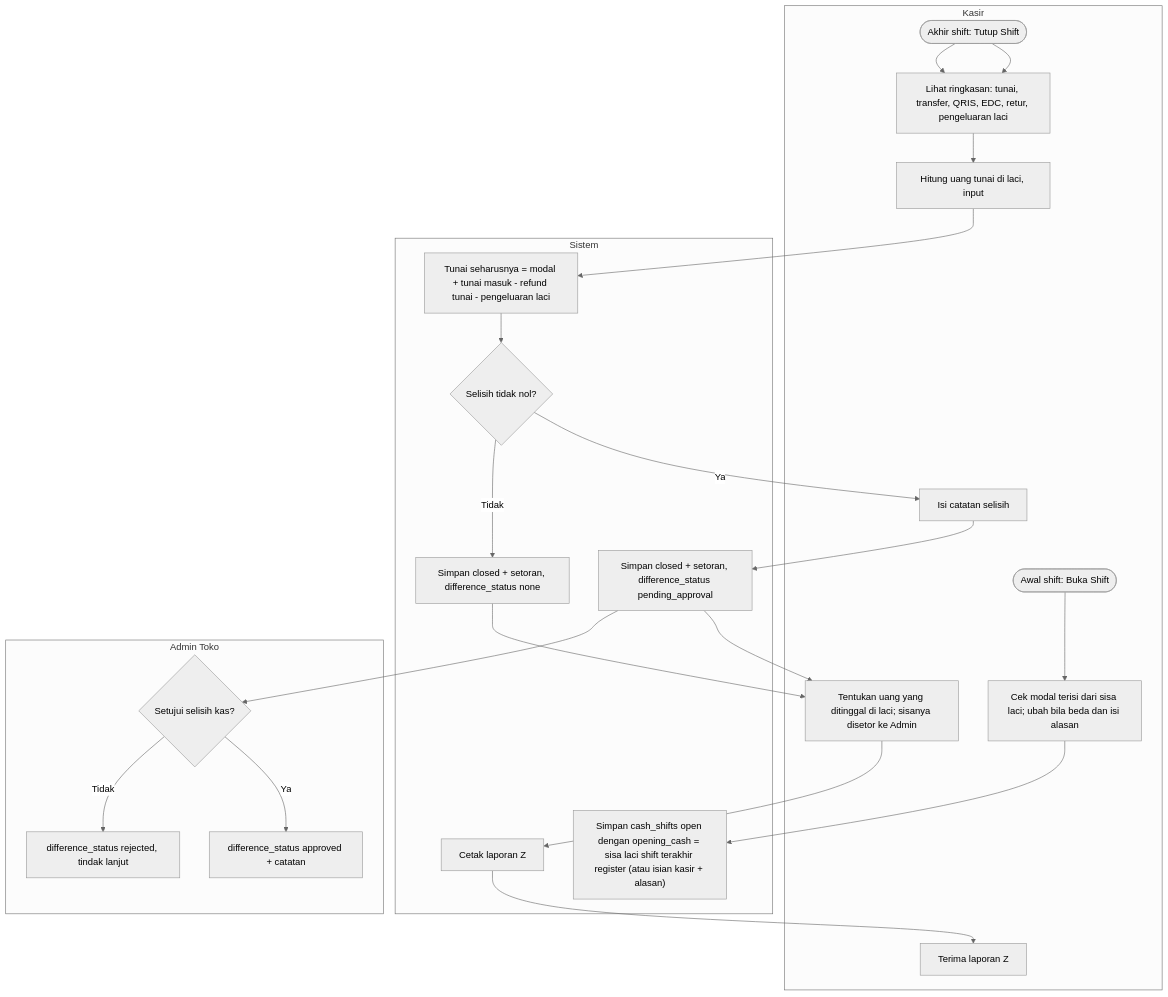
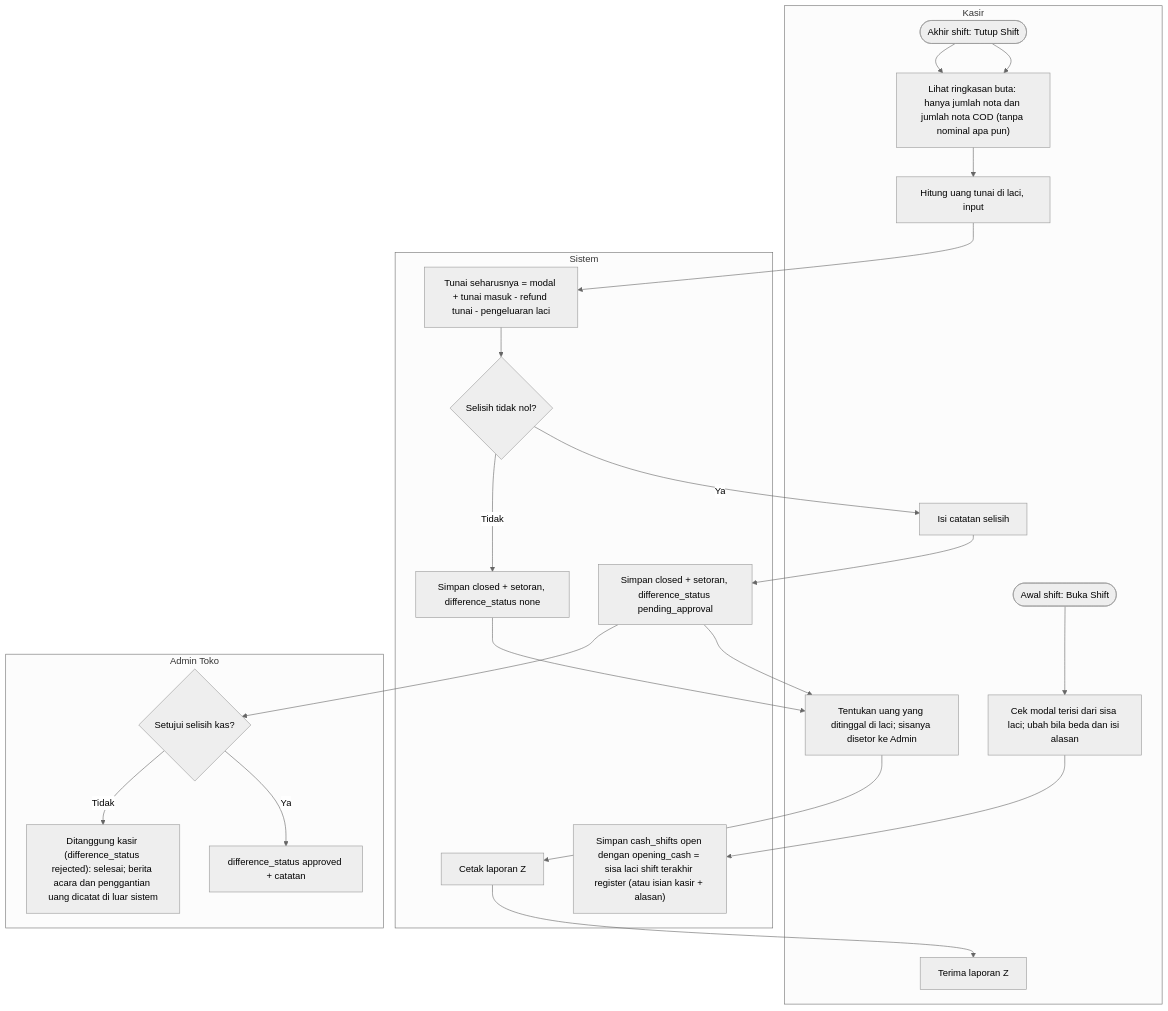
The tenth of 30 diagrams in docs/analisis-sistem.md (aliefpraditya/store-management), drawn with Mermaid (neutral theme) before and after one commit. The commit also changed other lines of this file and 32 other files, not shown here.

````diff
--- a/docs/analisis-sistem.md
+++ b/docs/analisis-sistem.md
@@ -655,34 +655,34 @@
 ```mermaid
 flowchart TD
     subgraph KS["Kasir"]
         K0(["Awal shift: Buka Shift"]) --> K0b["Cek modal terisi dari sisa laci; ubah bila beda dan isi alasan"]
-        K1(["Akhir shift: Tutup Shift"]) --> K2["Lihat ringkasan: tunai, transfer, QRIS, EDC, retur, pengeluaran laci"]
+        K1(["Akhir shift: Tutup Shift"]) --> K2["Lihat ringkasan buta: hanya jumlah nota dan jumlah nota COD (tanpa nominal apa pun)"]
         K3["Hitung uang tunai di laci, input"]
         K5["Isi catatan selisih"]
         K7["Tentukan uang yang ditinggal di laci; sisanya disetor ke Admin"]
         K8["Terima laporan Z"]
     end
     subgraph SYS["Sistem"]
         S0["Simpan cash_shifts open dengan opening_cash = sisa laci shift terakhir register (atau isian kasir + alasan)"]
         S2["Tunai seharusnya = modal + tunai masuk - refund tunai - pengeluaran laci"]
         S3{"Selisih tidak nol?"}
         S4["Simpan closed + setoran, difference_status pending_approval"]
         S4b["Simpan closed + setoran, difference_status none"]
         S5["Cetak laporan Z"]
     end
     subgraph ADM["Admin Toko"]
         A1{"Setujui selisih kas?"}
         A2["difference_status approved + catatan"]
-        A3["difference_status rejected, tindak lanjut"]
+        A3["Ditanggung kasir (difference_status rejected): selesai; berita acara dan penggantian uang dicatat di luar sistem"]
     end
     K0b --> S0
     K1 --> K2 --> K3 --> S2 --> S3
     S3 -->|"Ya"| K5 --> S4
     S3 -->|"Tidak"| S4b
     S4 --> K7
     S4b --> K7
     K7 --> S5 --> K8
     S4 --> A1
     A1 -->|"Ya"| A2
     A1 -->|"Tidak"| A3
 ```
````
